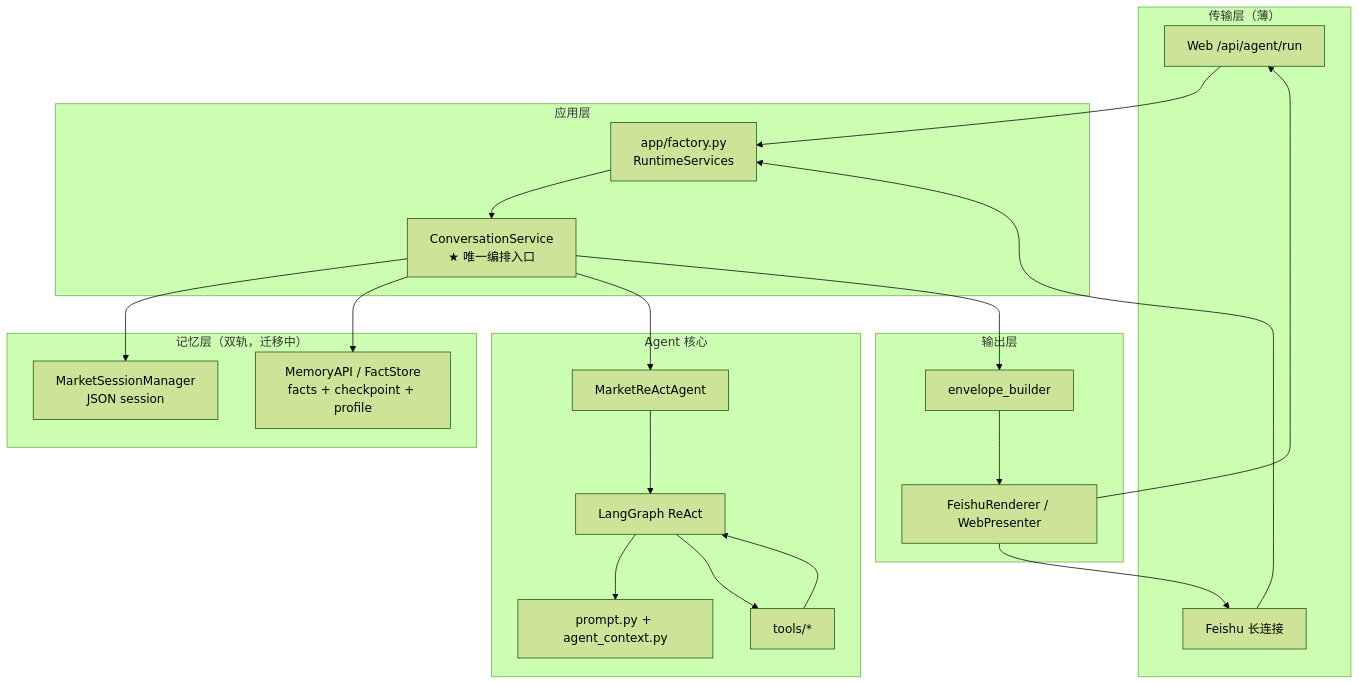
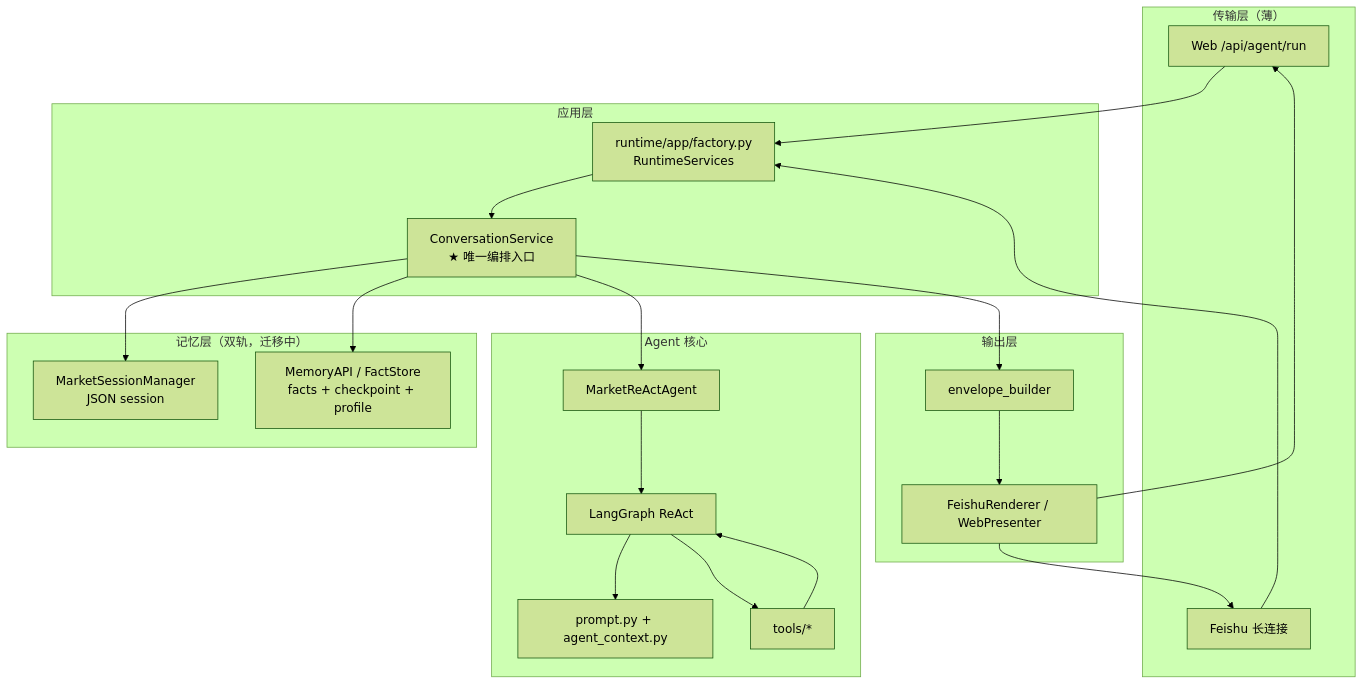
Before and after one commit to 7Gosts/MarketAssAgent: the first of 4 diagrams in docs/00_PROJECT_ARCHITECTURE.md, drawn with Mermaid (forest theme). The commit also changed other lines of this file and 105 other files, not shown here.

````diff
--- a/docs/00_PROJECT_ARCHITECTURE.md
+++ b/docs/00_PROJECT_ARCHITECTURE.md
@@ -36,44 +34,44 @@
 ```mermaid
 flowchart TB
     subgraph Transport["传输层（薄）"]
         Web["Web /api/agent/run"]
         Feishu["Feishu 长连接"]
     end
 
     subgraph App["应用层"]
-        Factory["app/factory.py<br/>RuntimeServices"]
+        Factory["runtime/app/factory.py<br/>RuntimeServices"]
         Conv["ConversationService<br/>★ 唯一编排入口"]
     end
 
     subgraph Memory["记忆层（双轨，迁移中）"]
         MSM["MarketSessionManager<br/>JSON session"]
         MAPI["MemoryAPI / FactStore<br/>facts + checkpoint + profile"]
     end
 
     subgraph Agent["Agent 核心"]
         AgentNode["MarketReActAgent"]
         Graph["LangGraph ReAct"]
         Prompt["prompt.py + agent_context.py"]
         Tools["tools/*"]
     end
 
     subgraph Output["输出层"]
         Env["envelope_builder"]
         Render["FeishuRenderer / WebPresenter"]
     end
 
     Web --> Factory
     Feishu --> Factory
     Factory --> Conv
     Conv --> MSM
     Conv --> MAPI
     Conv --> AgentNode
     AgentNode --> Graph
     Graph --> Prompt
     Graph --> Tools
     Tools --> Graph
     Conv --> Env
     Env --> Render
     Render --> Web
     Render --> Feishu
 ```
````
